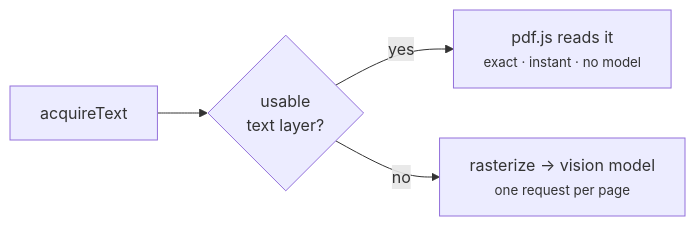
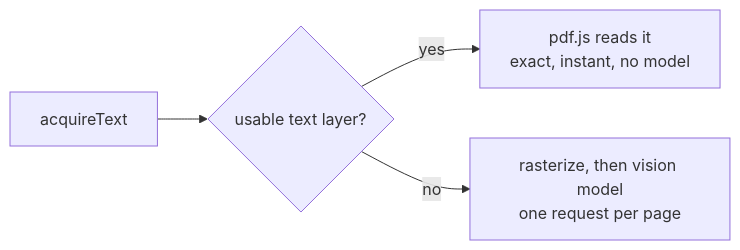
The third of 4 diagrams in docs/ARCHITECTURE.md (rahulranjan14/localScan), drawn with Mermaid before and after one commit. The commit also changed other lines of this file, not shown here.

First line of the commit message:
fix(docs): mermaid labels were being clipped when rendered

````diff
--- a/docs/ARCHITECTURE.md
+++ b/docs/ARCHITECTURE.md
@@ -87,6 +87,11 @@
 ```mermaid
 flowchart LR
-    pdf["acquireText"] --> q{"usable<br/>text layer?"}
-    q -->|yes| txt["pdf.js reads it<br/><small>exact · instant · no model</small>"]
-    q -->|no| vlm["rasterize → vision model<br/><small>one request per page</small>"]
+    pdf["acquireText"]
+    q{"usable text layer?"}
+    txt["pdf.js reads it<br/>exact, instant, no model"]
+    vlm["rasterize, then vision model<br/>one request per page"]
+
+    pdf --> q
+    q -->|yes| txt
+    q -->|no| vlm
 ```
````
